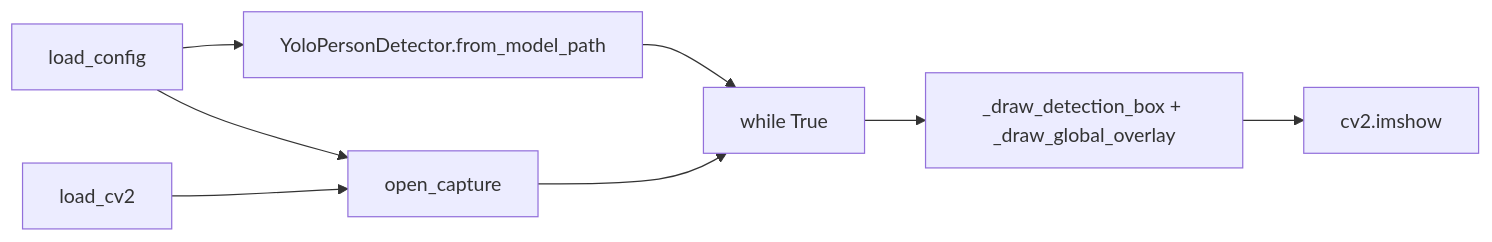
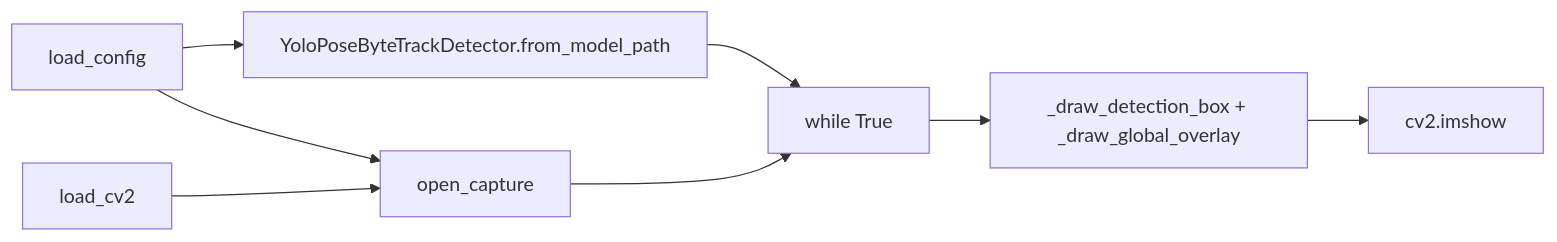
Before and after one commit to torrescristian/vision: the first of 2 diagrams in docs/c4/c4b_wiring_example.md, drawn with Mermaid. The commit also changed other lines of this file and 27 other files, not shown here.

Commit message:
feat: using yolo pose

````diff
--- a/docs/c4/c4b_wiring_example.md
+++ b/docs/c4/c4b_wiring_example.md
@@ -7,17 +7,17 @@
 ```mermaid
 flowchart LR
     cfg[load_config]
     cv[load_cv2]
     cap[open_capture]
-    det[YoloPersonDetector.from_model_path]
+    det[YoloPoseByteTrackDetector.from_model_path]
     loop[while True]
     draw[_draw_detection_box + _draw_global_overlay]
     out[cv2.imshow]
 
     cfg --> det
     cfg --> cap
     cv --> cap
     cap --> loop
     det --> loop
     loop --> draw --> out
 ```
````
